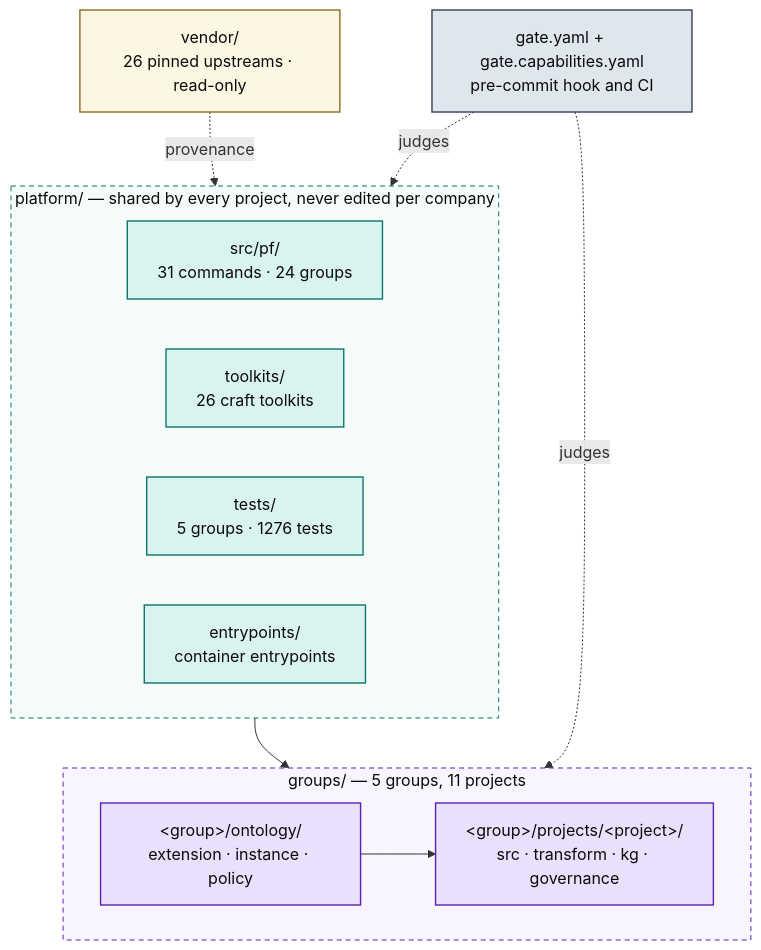
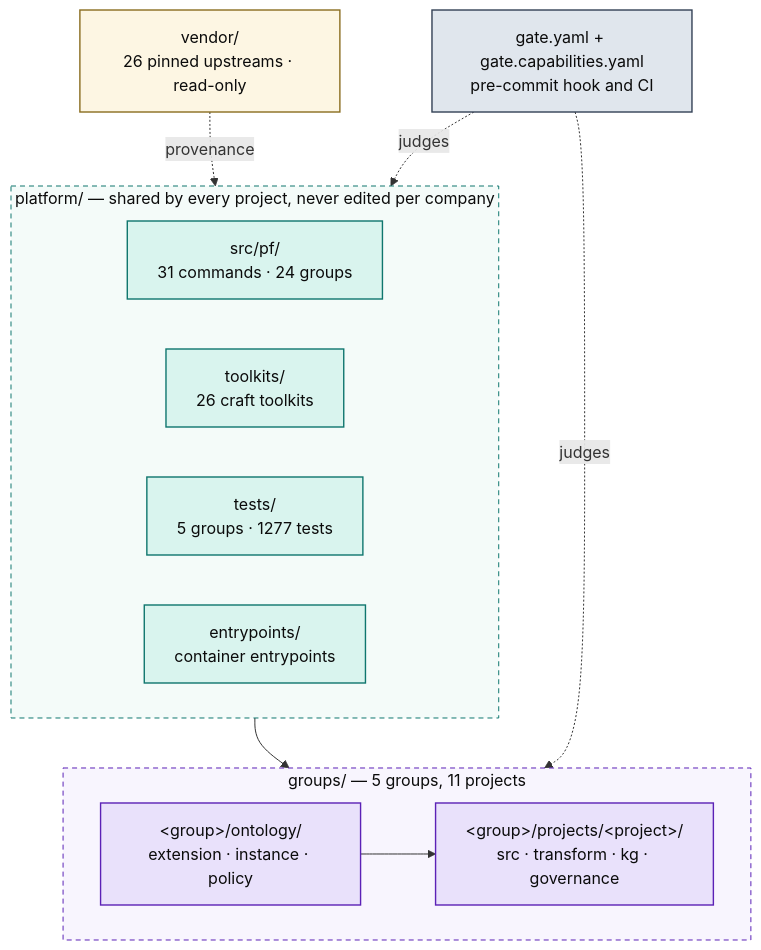
The first of 5 diagrams in docs/ARCHITECTURE.md (Atomz-org/data-platform), drawn with Mermaid before and after one commit. The commit also changed other lines of this file and 8 other files, not shown here.

````diff
--- a/docs/ARCHITECTURE.md
+++ b/docs/ARCHITECTURE.md
@@ -15,36 +15,36 @@
 ```mermaid
 flowchart TB
   subgraph SHARED["platform/ — shared by every project, never edited per company"]
     direction LR
     ENG["src/pf/<br/>31 commands · 24 groups"]
     TK["toolkits/<br/>26 craft toolkits"]
-    TST["tests/<br/>5 groups · 1276 tests"]
+    TST["tests/<br/>5 groups · 1277 tests"]
     ENT["entrypoints/<br/>container entrypoints"]
   end
 
   subgraph ENTITIES["groups/ — 5 groups, 11 projects"]
     direction LR
     GRP["&lt;group&gt;/ontology/<br/>extension · instance · policy"]
     PRJ["&lt;group&gt;/projects/&lt;project&gt;/<br/>src · transform · kg · governance"]
     GRP --> PRJ
   end
 
   VEN["vendor/<br/>26 pinned upstreams · read-only"]
   GATE["gate.yaml + gate.capabilities.yaml<br/>pre-commit hook and CI"]
 
   SHARED --> ENTITIES
   VEN -.provenance.-> SHARED
   GATE -.judges.-> ENTITIES
   GATE -.judges.-> SHARED
 
   classDef code fill:#d9f4ee,stroke:#0f766e,stroke-width:1.4px,color:#0b0b0b
   classDef data fill:#e9e1fb,stroke:#5b21b6,stroke-width:1.4px,color:#0b0b0b
   classDef gov fill:#e0e6ed,stroke:#334155,stroke-width:1.4px,color:#0b0b0b
   classDef ext fill:#fdf6e3,stroke:#8a6d1f,stroke-width:1.4px,color:#0b0b0b
   class ENG,TK,TST,ENT code
   class GRP,PRJ data
   class GATE gov
   class VEN ext
   style SHARED fill:#f4fbf9,stroke:#0f766e,stroke-dasharray:5 4,color:#0b0b0b
   style ENTITIES fill:#f8f5fe,stroke:#5b21b6,stroke-dasharray:5 4,color:#0b0b0b
 ```
````
